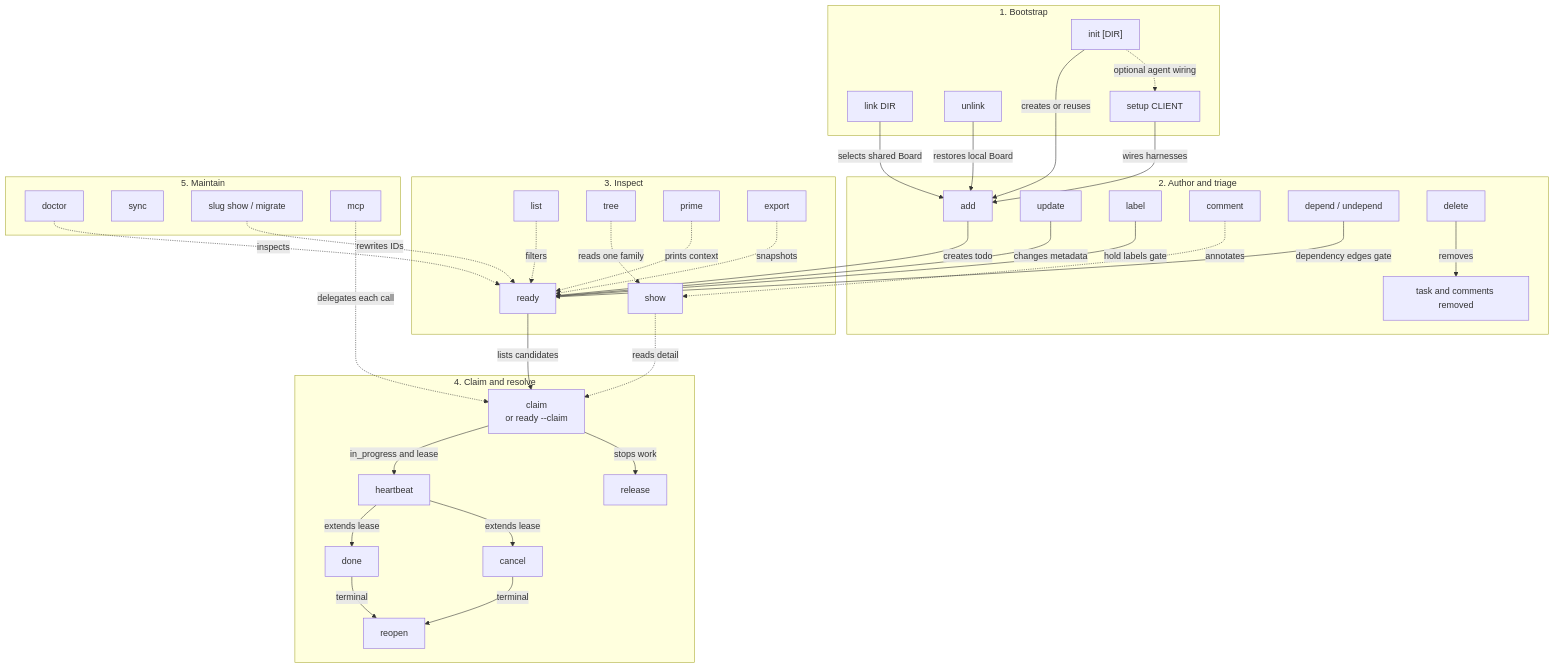
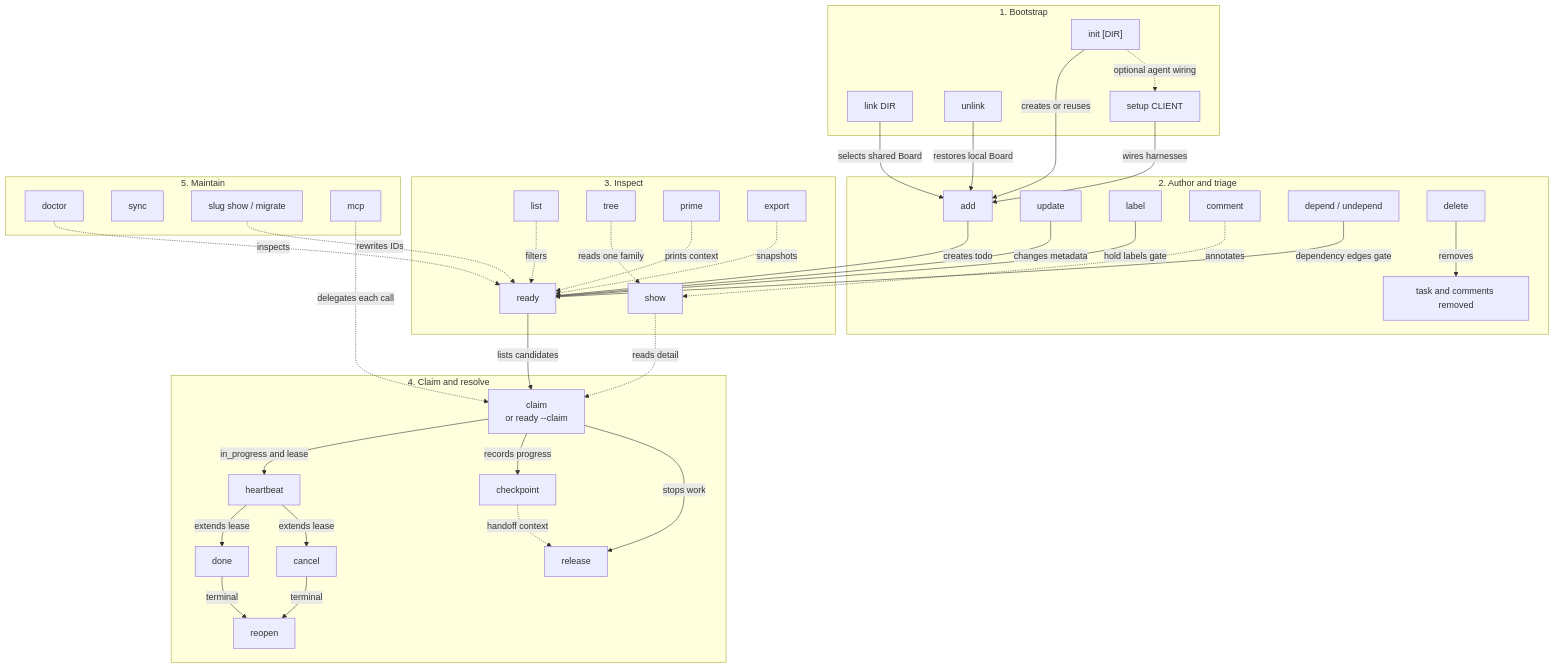
Before and after one commit to rcmendes/orbit: the sixth of 14 diagrams in docs/ARCHITECTURE.md, drawn with Mermaid. The commit also changed other lines of this file and 22 other files, not shown here.

````diff
--- a/docs/ARCHITECTURE.md
+++ b/docs/ARCHITECTURE.md
@@ -371,71 +374,74 @@
 ```mermaid
 flowchart TB
     subgraph Bootstrap["1. Bootstrap"]
         INIT["init [DIR]"]
         LINK["link DIR"]
         UNLINK["unlink"]
         SETUP["setup CLIENT"]
     end
 
     subgraph Author["2. Author and triage"]
         ADD["add"]
         UPDATE["update"]
         LABEL["label"]
         COMMENT["comment"]
         DEPEND["depend / undepend"]
         DELETE["delete"]
         DELETED["task and comments removed"]
     end
 
     subgraph Inspect["3. Inspect"]
         LIST["list"]
         SHOW["show"]
         TREE["tree"]
         READY["ready"]
         PRIME["prime"]
         EXPORT["export"]
     end
 
     subgraph Execute["4. Claim and resolve"]
         CLAIM["claim<br/>or ready --claim"]
         HEART["heartbeat"]
+        CHECKPOINT["checkpoint"]
         RELEASE["release"]
         DONE["done"]
         CANCEL["cancel"]
         REOPEN["reopen"]
     end
 
     subgraph Maintain["5. Maintain"]
         DOCTOR["doctor"]
         SYNC["sync"]
         SLUG["slug show / migrate"]
         MCP["mcp"]
     end
 
     INIT -->|creates or reuses| ADD
     INIT -.->|optional agent wiring| SETUP
     LINK -->|selects shared Board| ADD
     UNLINK -->|restores local Board| ADD
     SETUP -->|wires harnesses| ADD
     ADD -->|creates todo| READY
     UPDATE -->|changes metadata| READY
     LABEL -->|hold labels gate| READY
     DEPEND -->|dependency edges gate| READY
     DELETE -->|removes| DELETED
     LIST -.->|filters| READY
     SHOW -.->|reads detail| CLAIM
     TREE -.->|reads one family| SHOW
     COMMENT -.->|annotates| SHOW
     PRIME -.->|prints context| READY
     EXPORT -.->|snapshots| READY
     READY -->|lists candidates| CLAIM
     CLAIM -->|in_progress and lease| HEART
     HEART -->|extends lease| DONE
     HEART -->|extends lease| CANCEL
+    CLAIM -->|records progress| CHECKPOINT
+    CHECKPOINT -.->|handoff context| RELEASE
     CLAIM -->|stops work| RELEASE
     DONE -->|terminal| REOPEN
     CANCEL -->|terminal| REOPEN
     DOCTOR -.->|inspects| READY
     SLUG -.->|rewrites IDs| READY
     MCP -.->|delegates each call| CLAIM
 ```
````
